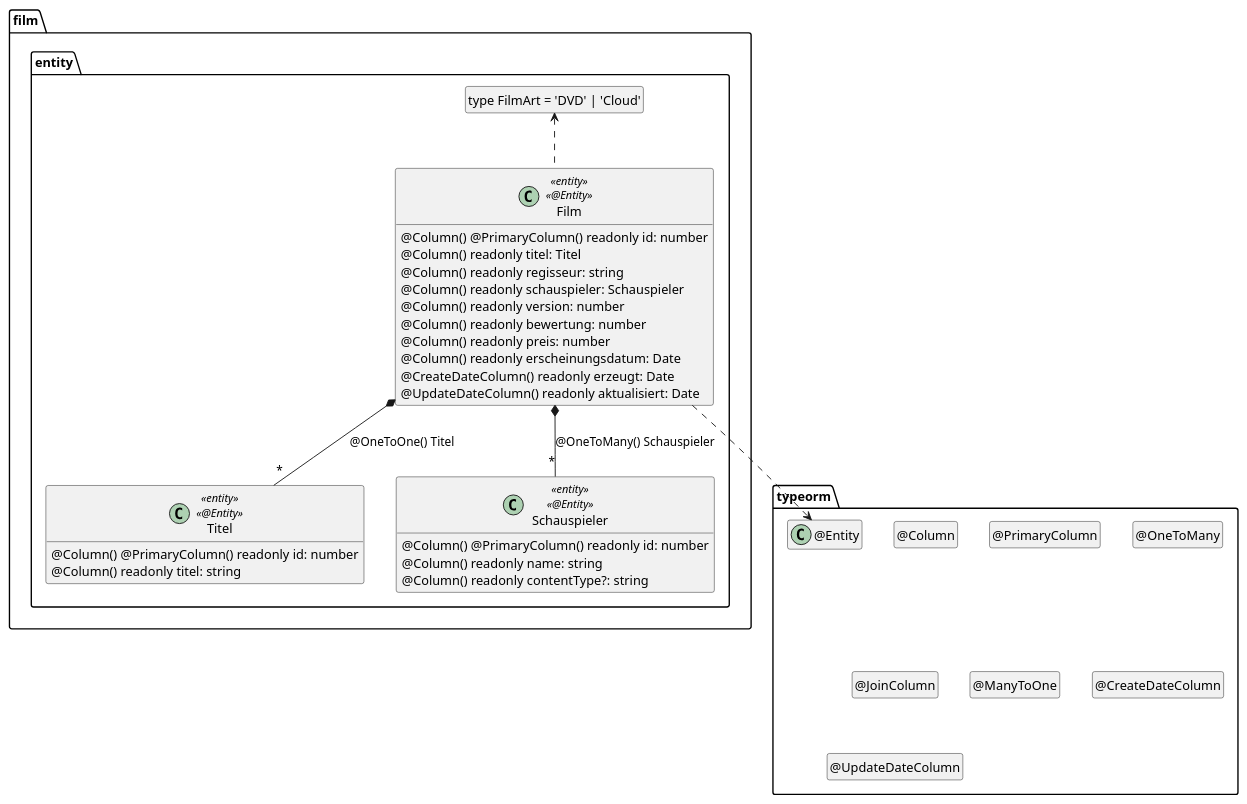
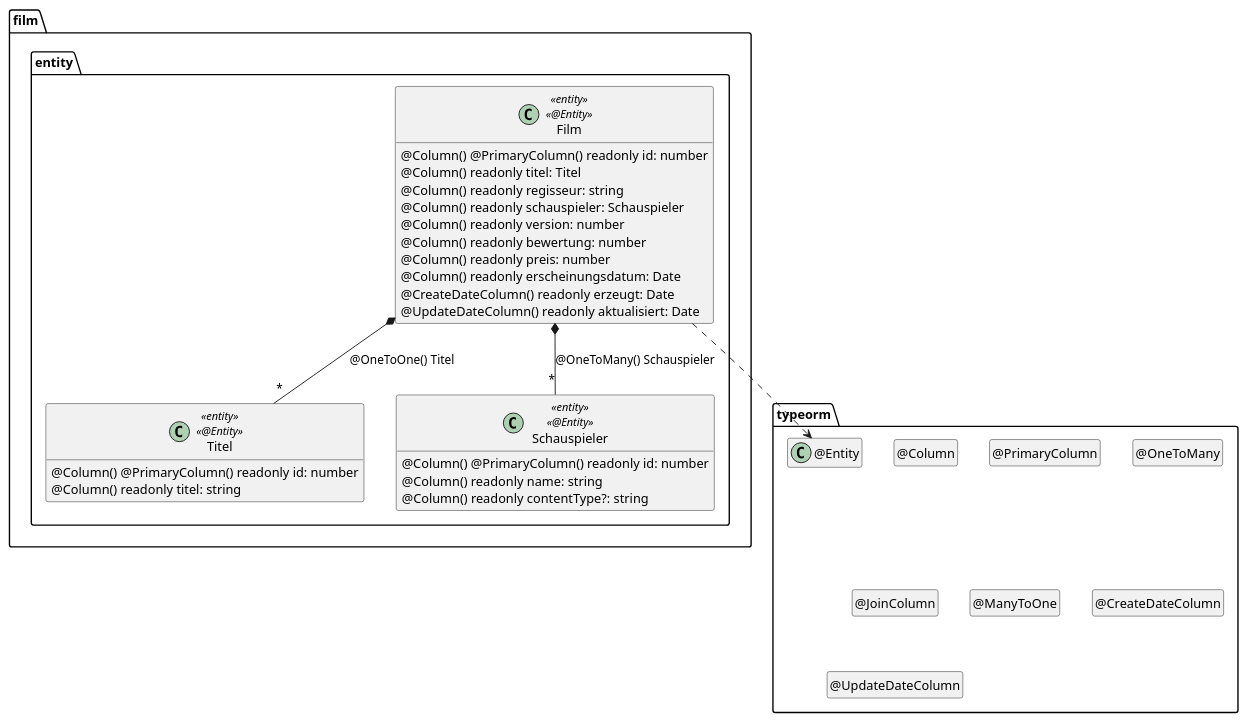
The diagram in extras/doc/entwicklerhandbuch/Film.plantuml (JannisFink01/film), drawn with PlantUML before and after one commit.

```diff
--- a/extras/doc/entwicklerhandbuch/Film.plantuml
+++ b/extras/doc/entwicklerhandbuch/Film.plantuml
@@ -2,58 +2,57 @@
 @startuml Entity
 
 package typeorm {
   class "@Entity" as Entity
   class "@Column" as Column
   hide Column circle
   class "@PrimaryColumn" as PrimaryColumn
   hide PrimaryColumn circle
   class "@OneToMany" as OneToMany
   hide OneToMany circle
   class "@JoinColumn" as JoinColumn
   hide JoinColumn circle
   class "@ManyToOne" as ManyToOne
   hide ManyToOne circle
   class "@CreateDateColumn" as CreateDateColumn
   hide CreateDateColumn circle
   class "@UpdateDateColumn" as UpdateDateColumn
   hide UpdateDateColumn circle
 }
 
 package film.entity {
-  class "type FilmArt = 'DVD' | 'Cloud'" as FilmArt
-  hide FilmArt circle
+
 
   class Film <<entity>> <<@Entity>> {
     @Column() @PrimaryColumn() readonly id: number
     @Column() readonly titel: Titel
     @Column() readonly regisseur: string
     @Column() readonly schauspieler: Schauspieler
     @Column() readonly version: number
     @Column() readonly bewertung: number
     @Column() readonly preis: number
     @Column() readonly erscheinungsdatum: Date
     @CreateDateColumn() readonly erzeugt: Date
     @UpdateDateColumn() readonly aktualisiert: Date
   }
 
   class Titel <<entity>> <<@Entity>> {
     @Column() @PrimaryColumn() readonly id: number
     @Column() readonly titel: string
   }
 
   class Schauspieler <<entity>> <<@Entity>> {
     @Column() @PrimaryColumn() readonly id: number
     @Column() readonly name: string
     @Column() readonly contentType?: string
   }
 
   Film ..> Entity
   Film *-- "*" Titel : @OneToOne() Titel
   Film *-- "*" Schauspieler : @OneToMany() Schauspieler
-  Film .up.> FilmArt
+
 }
 
 hide empty members
 
 
 @enduml
```
